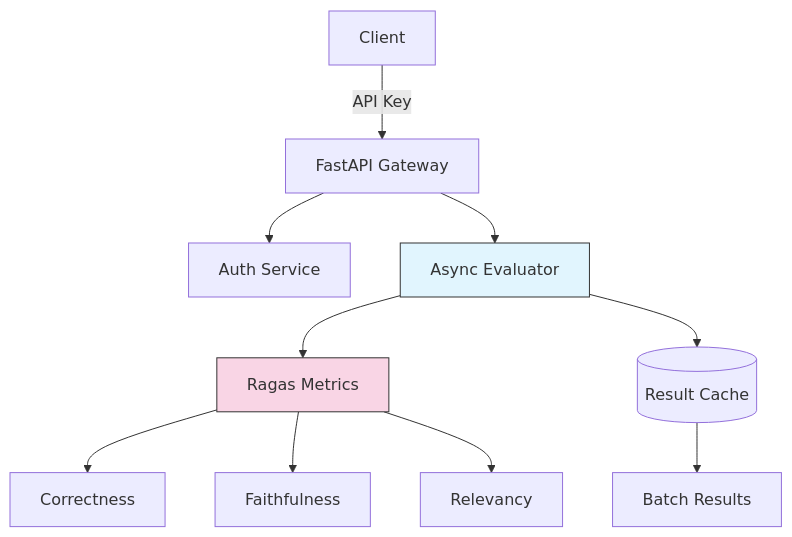
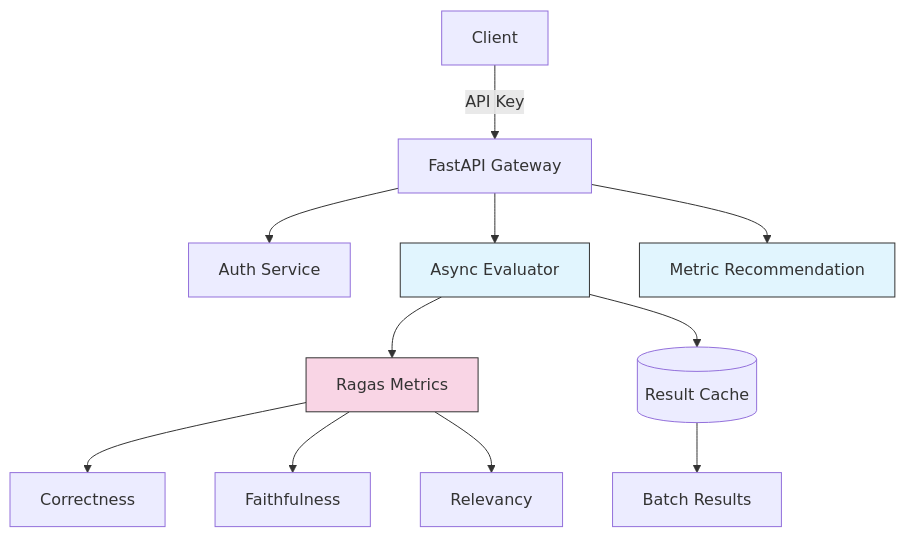
The first of 2 diagrams in .agent/systemPatterns.md (labofone/rag-eval), drawn with Mermaid before and after one commit. The commit also changed 6 other files, not shown here.

````diff
--- a/.agent/systemPatterns.md
+++ b/.agent/systemPatterns.md
@@ -7,15 +7,17 @@
 ```mermaid
 graph TD
     A[Client] -->|API Key| B[FastAPI Gateway]
     B --> C[Auth Service]
     B --> D[Async Evaluator]
     D --> E[Ragas Metrics]
     E --> F[Correctness]
     E --> G[Faithfulness]
     E --> H[Relevancy]
+    B --> K[Metric Recommendation]
     D --> I[(Result Cache)]
     I --> J[Batch Results]
 
     style E fill:#f9d5e5,stroke:#333
     style D fill:#e1f5fe,stroke:#333
+    style K fill:#e1f5fe,stroke:#333
 ```
````
